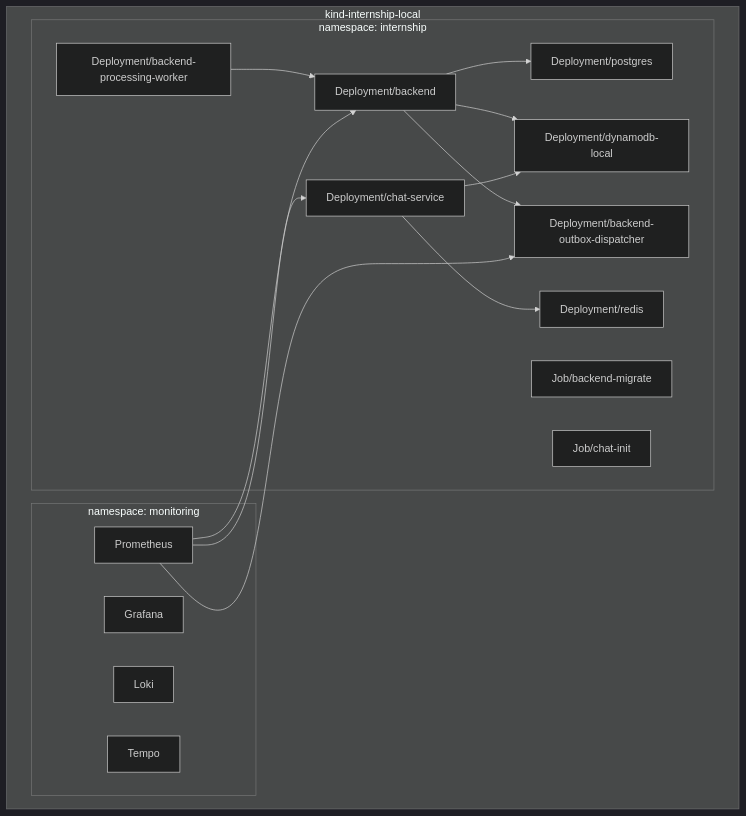
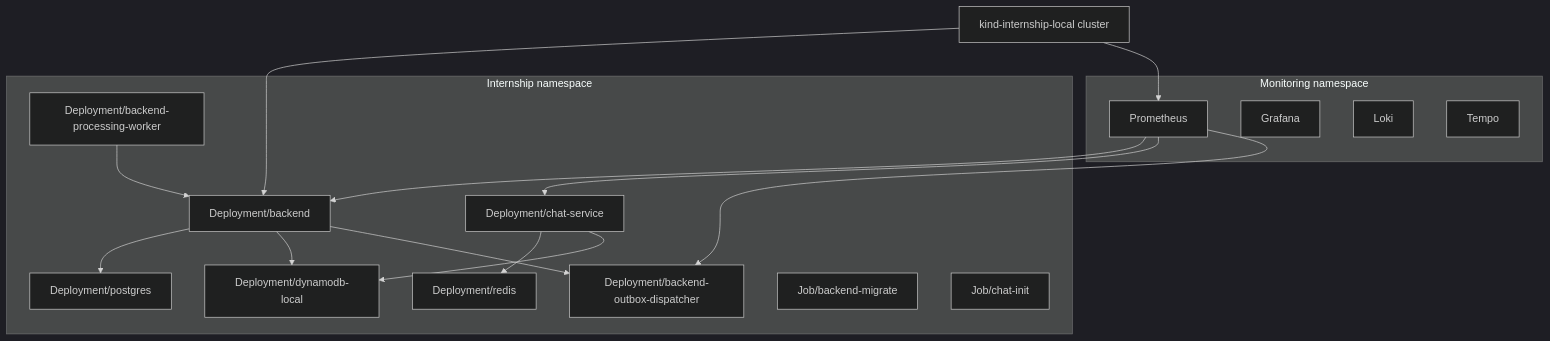
One commit to Kyling815/internship-report changed the diagram in content/1-Worklog/1.5-Week5/_index.md. Above: the diagram before and after it, drawn with Mermaid (dark theme). The commit also changed other lines of this file and 196 other files, not shown here.

```diff
--- a/content/1-Worklog/1.5-Week5/_index.md
+++ b/content/1-Worklog/1.5-Week5/_index.md
@@ -30,31 +29,32 @@
 {{< mermaid >}}
 graph TB
-  subgraph Kind["kind-internship-local"]
-    subgraph Internship["namespace: internship"]
-      Backend["Deployment/backend"]
-      Chat["Deployment/chat-service"]
-      Dispatcher["Deployment/backend-outbox-dispatcher"]
-      Worker["Deployment/backend-processing-worker"]
-      Postgres["Deployment/postgres"]
-      Redis["Deployment/redis"]
-      DDB["Deployment/dynamodb-local"]
-      Migrate["Job/backend-migrate"]
-      Init["Job/chat-init"]
-    end
-    subgraph Monitoring["namespace: monitoring"]
-      Prom["Prometheus"]
-      Grafana["Grafana"]
-      Loki["Loki"]
-      Tempo["Tempo"]
-    end
+  Cluster["kind-internship-local cluster"]
+  subgraph Internship namespace
+    Backend["Deployment/backend"]
+    Chat["Deployment/chat-service"]
+    Dispatcher["Deployment/backend-outbox-dispatcher"]
+    Worker["Deployment/backend-processing-worker"]
+    Postgres["Deployment/postgres"]
+    Redis["Deployment/redis"]
+    DDB["Deployment/dynamodb-local"]
+    Migrate["Job/backend-migrate"]
+    Init["Job/chat-init"]
   end
+  subgraph Monitoring namespace
+    Prom["Prometheus"]
+    Grafana["Grafana"]
+    Loki["Loki"]
+    Tempo["Tempo"]
+  end
+  Cluster --> Backend
+  Cluster --> Prom
   Backend --> Postgres
   Backend --> DDB
   Backend --> Dispatcher
   Worker --> Backend
   Chat --> Redis
   Chat --> DDB
   Prom --> Backend
   Prom --> Chat
   Prom --> Dispatcher
 {{< /mermaid >}}
```
